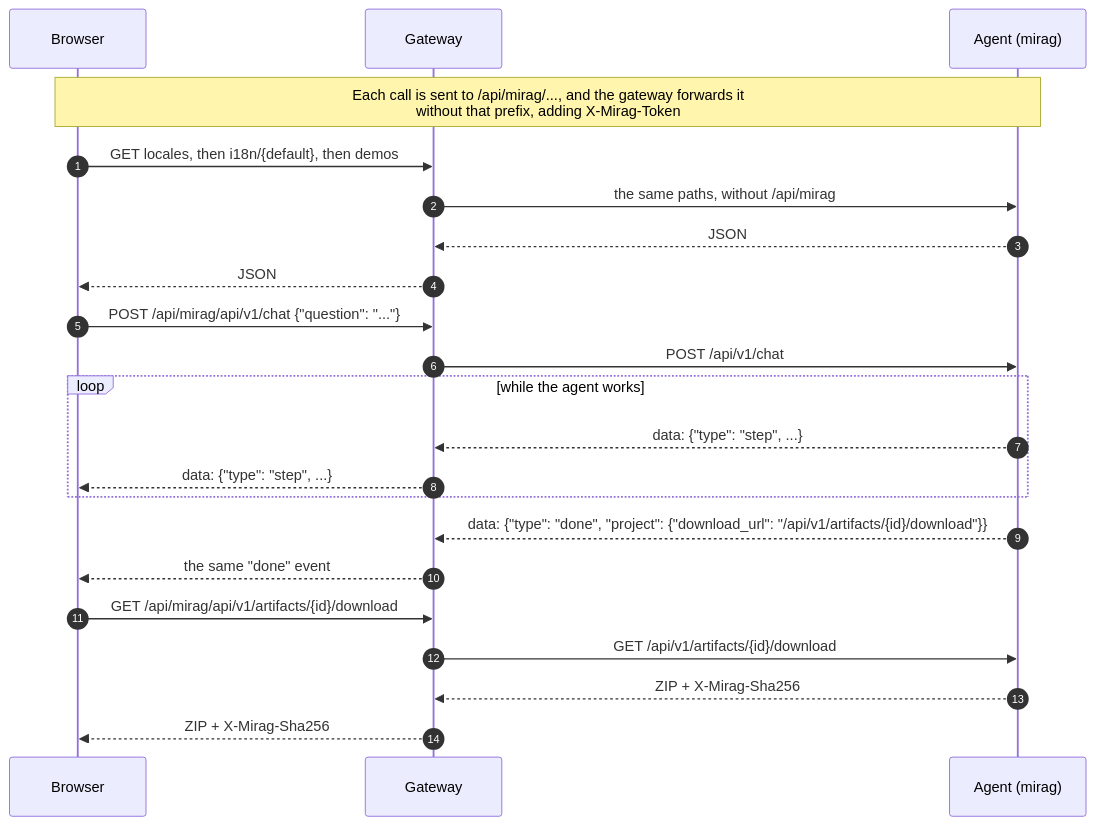
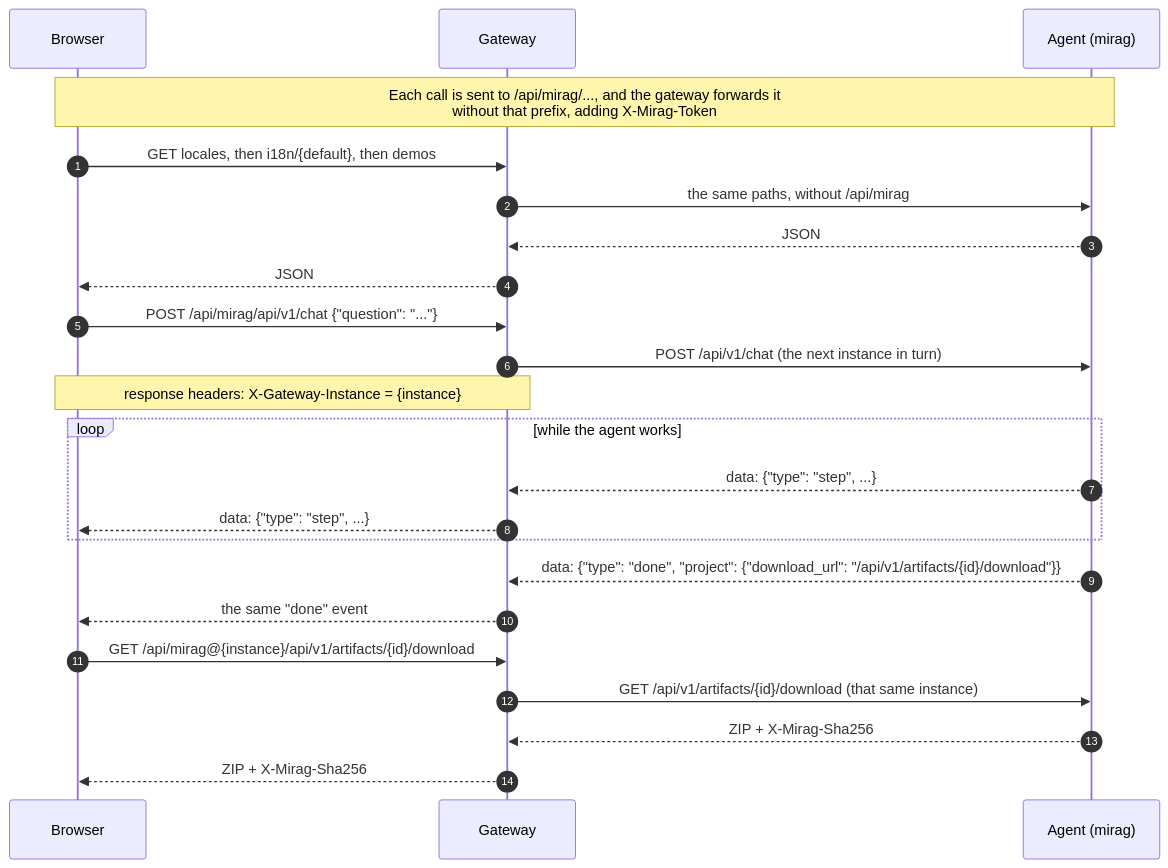
Before and after one commit to AndJunes/CodeZard: the fifth of 5 diagrams in README.md, drawn with Mermaid. The commit also changed other lines of this file and 28 other files, not shown here.

````diff
--- a/README.md
+++ b/README.md
@@ -431,25 +564,26 @@
 ```mermaid
 sequenceDiagram
     autonumber
     participant B as Browser
     participant G as Gateway
     participant A as Agent (mirag)
 
     Note over B,A: Each call is sent to /api/mirag/..., and the gateway forwards it<br/>without that prefix, adding X-Mirag-Token
     B->>G: GET locales, then i18n/{default}, then demos
     G->>A: the same paths, without /api/mirag
     A-->>G: JSON
     G-->>B: JSON
     B->>G: POST /api/mirag/api/v1/chat {"question": "..."}
-    G->>A: POST /api/v1/chat
+    G->>A: POST /api/v1/chat (the next instance in turn)
+    Note over B,G: response headers: X-Gateway-Instance = {instance}
     loop while the agent works
         A-->>G: data: {"type": "step", ...}
         G-->>B: data: {"type": "step", ...}
     end
     A-->>G: data: {"type": "done", "project": {"download_url": "/api/v1/artifacts/{id}/download"}}
     G-->>B: the same "done" event
-    B->>G: GET /api/mirag/api/v1/artifacts/{id}/download
-    G->>A: GET /api/v1/artifacts/{id}/download
+    B->>G: GET /api/mirag@{instance}/api/v1/artifacts/{id}/download
+    G->>A: GET /api/v1/artifacts/{id}/download (that same instance)
     A-->>G: ZIP + X-Mirag-Sha256
     G-->>B: ZIP + X-Mirag-Sha256
 ```
````
